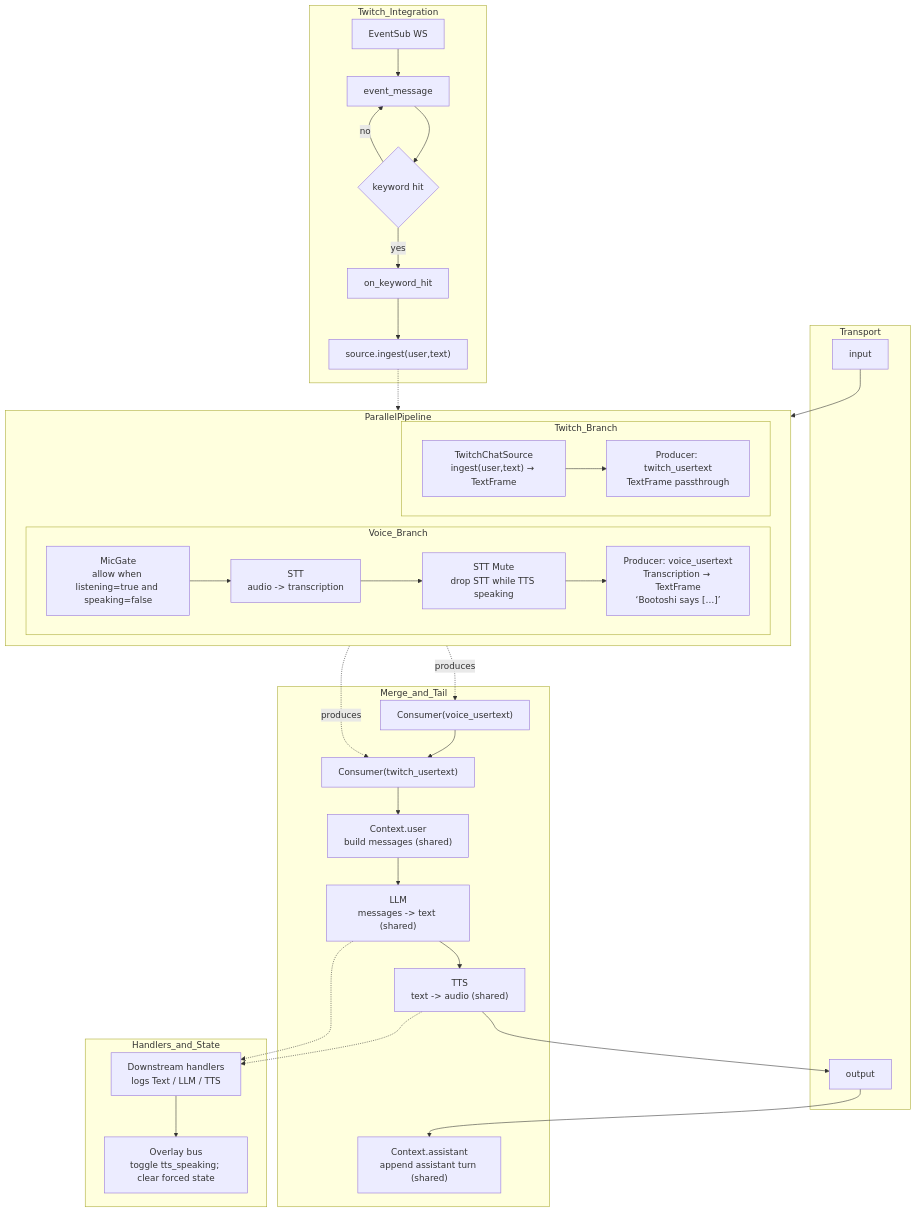
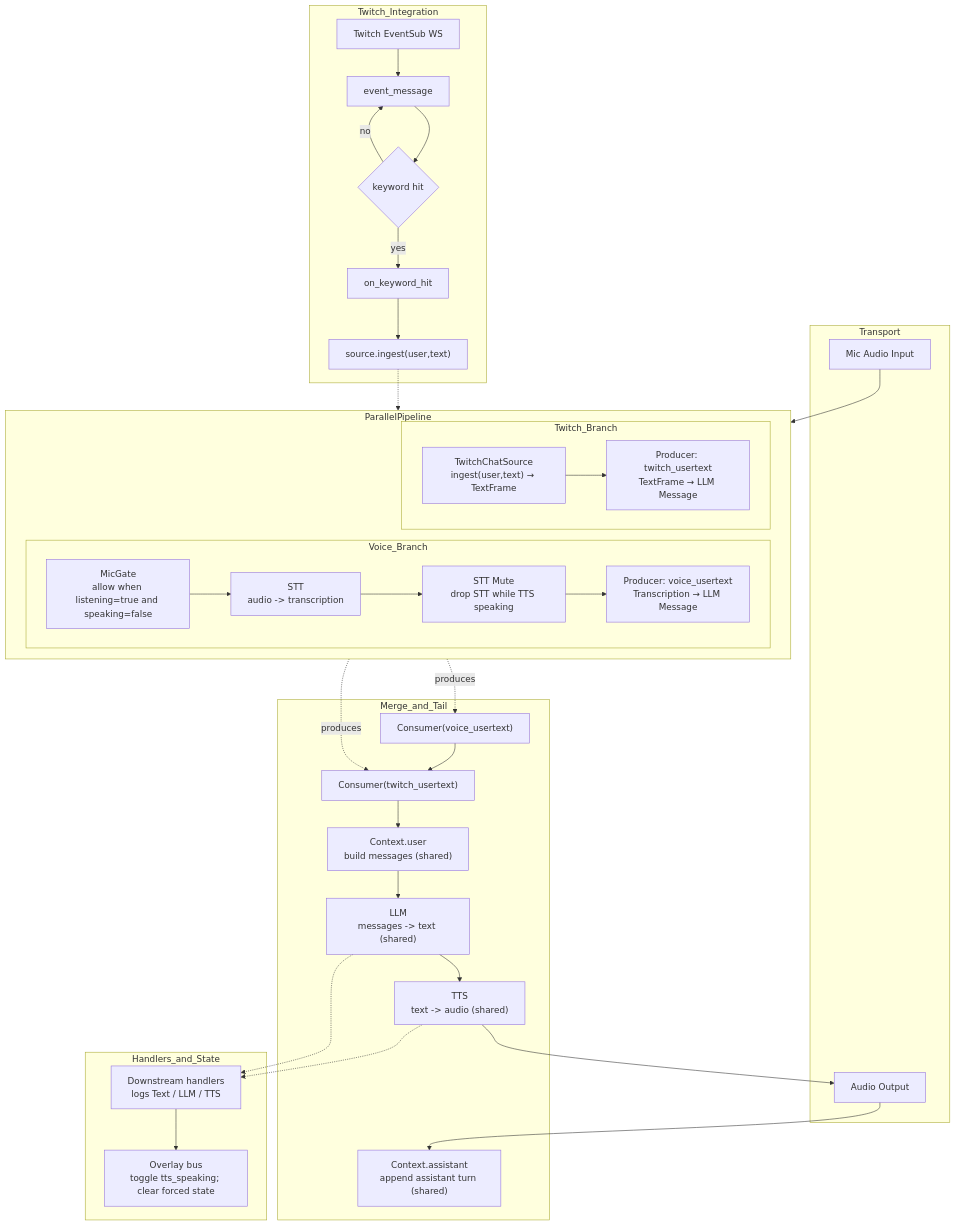
Before and after one commit to kingbootoshi/Stream-Buddy: the diagram in docs/pipecat-pipeline.md, drawn with Mermaid. The commit also changed other lines of this file and 5 other files, not shown here.

Commit message:
Cleaned up duplicate parallel pipeline file, fixedw the pipecat-pipeline read me mermaid, and updated the user text normalizer so twitch chat usernames are recognized

````diff
--- a/docs/pipecat-pipeline.md
+++ b/docs/pipecat-pipeline.md
@@ -43,63 +7,63 @@
 ```mermaid
 flowchart TD
     subgraph Transport
-        A["input"]
-        J["output"]
+        A["Mic Audio Input"]
+        J["Audio Output"]
     end
 
     subgraph ParallelPipeline
         direction LR
         subgraph Voice_Branch
             G["MicGate<br/>allow when listening=true and speaking=false"]
             B["STT<br/>audio -> transcription"]
             C["STT Mute<br/>drop STT while TTS speaking"]
-            VP["Producer: voice_usertext<br/>Transcription → TextFrame<br/>‘Bootoshi says […]’"]
+            VP["Producer: voice_usertext<br/>Transcription → LLM Message"]
         end
         subgraph Twitch_Branch
             TS["TwitchChatSource<br/>ingest(user,text) → TextFrame"]
-            TP["Producer: twitch_usertext<br/>TextFrame passthrough"]
+            TP["Producer: twitch_usertext<br/>TextFrame → LLM Message"]
         end
     end
 
     subgraph Merge_and_Tail
         CV["Consumer(voice_usertext)"]
         CT["Consumer(twitch_usertext)"]
         D["Context.user<br/>build messages (shared)"]
         E["LLM<br/>messages -> text (shared)"]
         F["TTS<br/>text -> audio (shared)"]
         H["Context.assistant<br/>append assistant turn (shared)"]
     end
 
     %% Voice branch wiring
     A --> G --> B --> C --> VP
     %% Twitch branch wiring
     TS --> TP
 
     %% Producer → Consumer routing (cross-branch)
     VP -. produces .-> CV
     TP -. produces .-> CT
 
     %% Merge order and shared tail
     CV --> CT --> D --> E --> F --> J --> H
 
     subgraph Handlers_and_State
         K["Downstream handlers<br/>logs Text / LLM / TTS"]
         L["Overlay bus<br/>toggle tts_speaking; clear forced state"]
     end
 
     E -.-> K
     F -.-> K
     K --> L
 
     subgraph Twitch_Integration
-        T0["EventSub WS"]
+        T0["Twitch EventSub WS"]
         T1["event_message"]
         T2{keyword hit}
         T3["on_keyword_hit"]
         I0["source.ingest(user,text)"]
     end
 
     T0 --> T1 --> T2
     T2 -- yes --> T3 --> I0 -.-> TS
     T2 -- no --> T1
 ```
````
